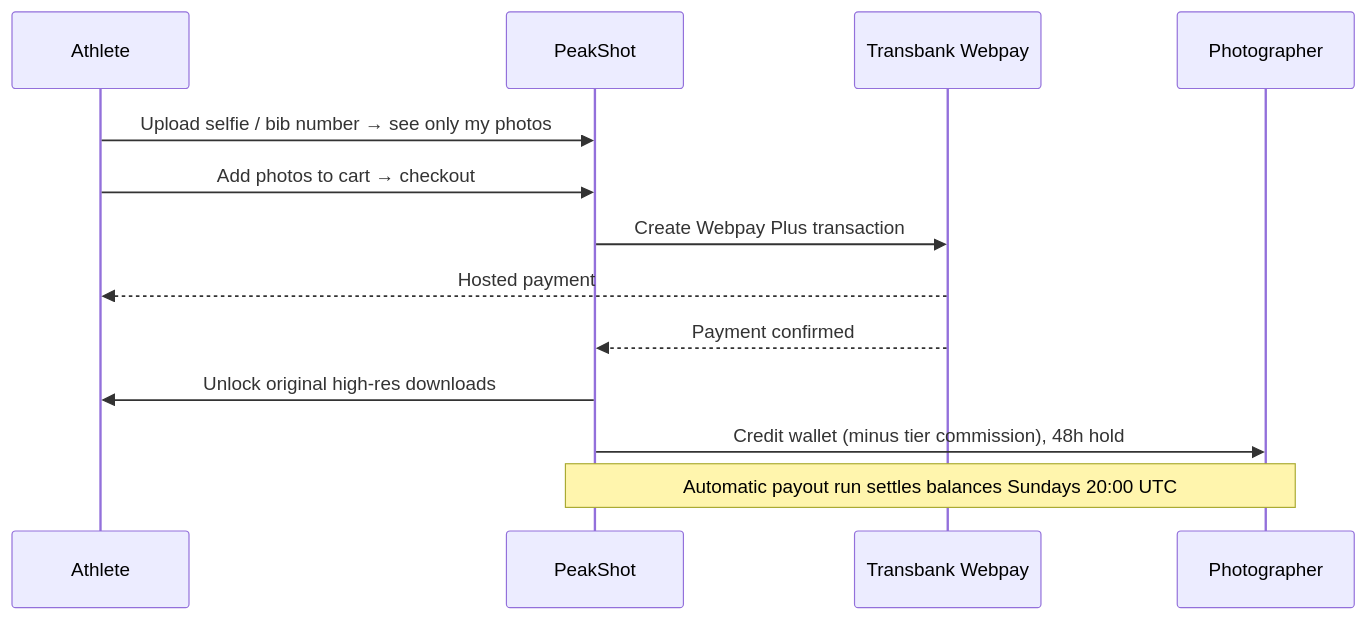
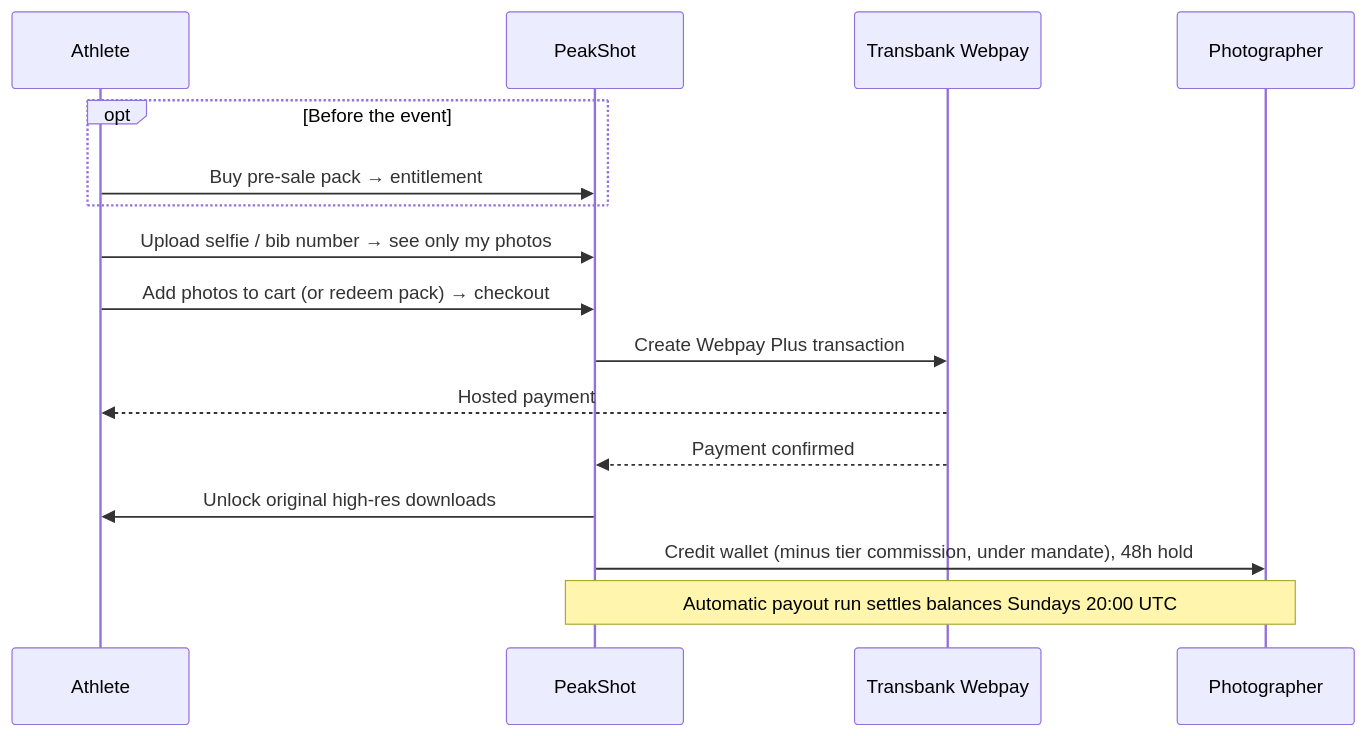
One commit to brainDamage153/peakshot-case-study changed the second of 2 diagrams in README.md. Above: the diagram before and after it, drawn with Mermaid. The commit also changed other lines of this file, not shown here.

````diff
--- a/README.md
+++ b/README.md
@@ -147,16 +169,19 @@
 ```mermaid
 sequenceDiagram
     participant A as Athlete
     participant P as PeakShot
     participant T as Transbank Webpay
     participant PH as Photographer
 
+    opt Before the event
+        A->>P: Buy pre-sale pack → entitlement
+    end
     A->>P: Upload selfie / bib number → see only my photos
-    A->>P: Add photos to cart → checkout
+    A->>P: Add photos to cart (or redeem pack) → checkout
     P->>T: Create Webpay Plus transaction
     T-->>A: Hosted payment
     T-->>P: Payment confirmed
     P->>A: Unlock original high-res downloads
-    P->>PH: Credit wallet (minus tier commission), 48h hold
+    P->>PH: Credit wallet (minus tier commission, under mandate), 48h hold
     Note over P,PH: Automatic payout run settles balances Sundays 20:00 UTC
 ```
````
